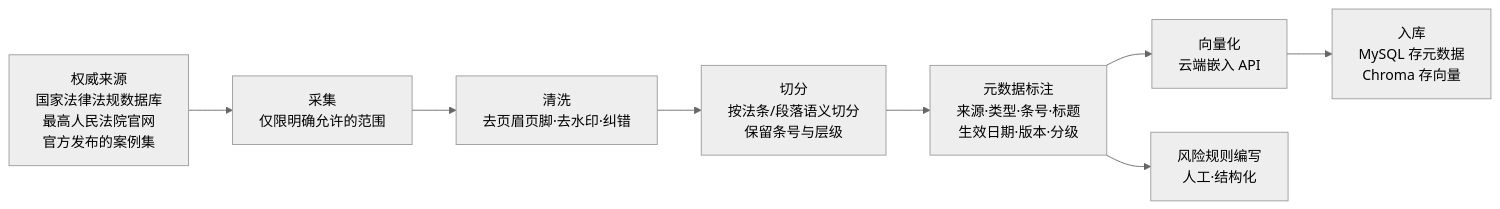
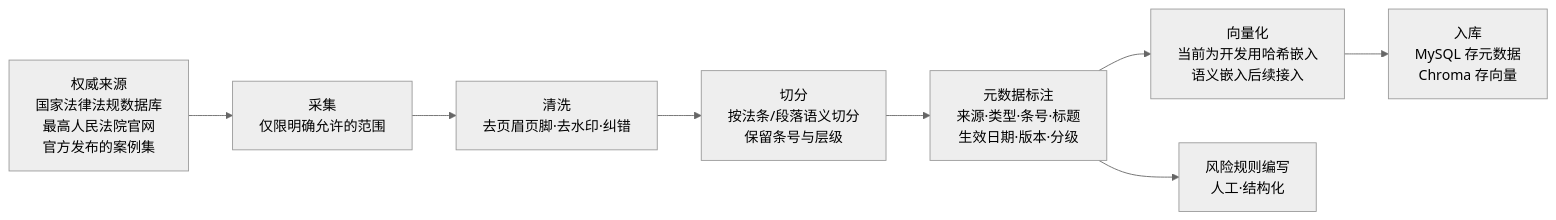
Before and after one commit to licat2023/law-wiz: the third of 4 diagrams in docs/03-概要设计.md, drawn with Mermaid (neutral theme). The commit also changed other lines of this file and 134 other files, not shown here.

````diff
--- a/docs/03-概要设计.md
+++ b/docs/03-概要设计.md
@@ -368,10 +318,10 @@
 ```mermaid
 graph LR
     SRC["权威来源<br/>国家法律法规数据库<br/>最高人民法院官网<br/>官方发布的案例集"] --> COLLECT["采集<br/>仅限明确允许的范围"]
     COLLECT --> CLEAN["清洗<br/>去页眉页脚·去水印·纠错"]
     CLEAN --> SPLIT["切分<br/>按法条/段落语义切分<br/>保留条号与层级"]
     SPLIT --> META["元数据标注<br/>来源·类型·条号·标题<br/>生效日期·版本·分级"]
-    META --> EMBED["向量化<br/>云端嵌入 API"]
+    META --> EMBED["向量化<br/>当前为开发用哈希嵌入<br/>语义嵌入后续接入"]
     EMBED --> STORE["入库<br/>MySQL 存元数据<br/>Chroma 存向量"]
     META --> RULE["风险规则编写<br/>人工·结构化"]
 ```
````
